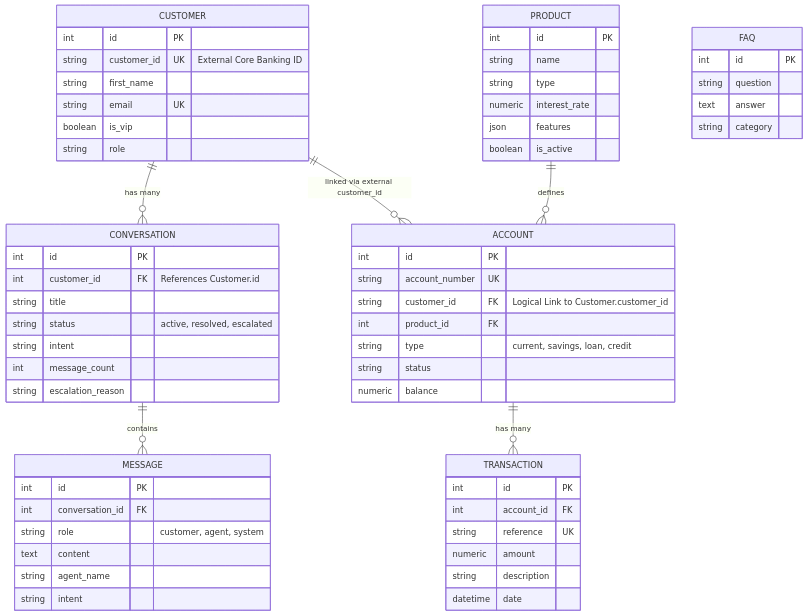
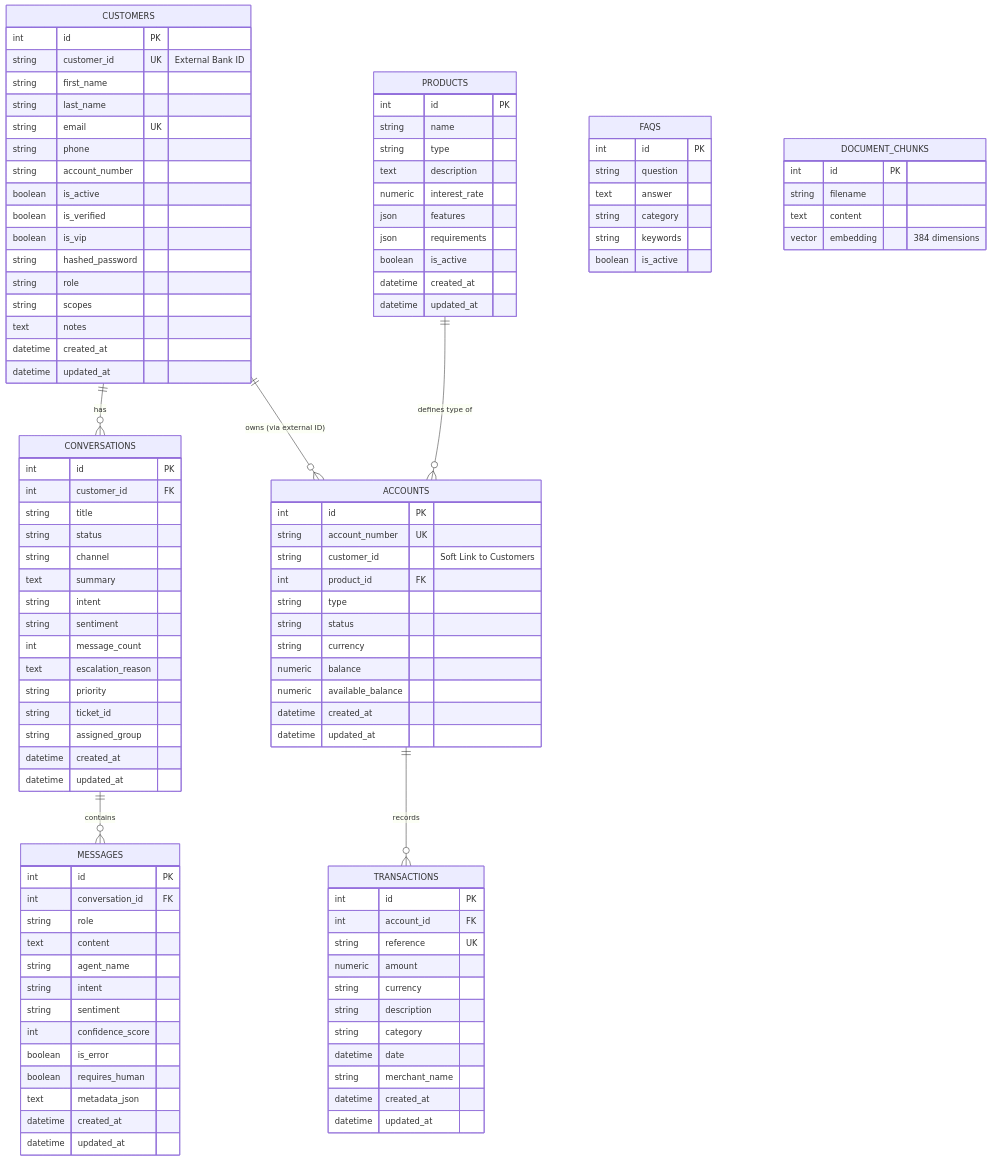
The fifth of 5 diagrams in README.md (davidsandeep1996-spec/fca-multi-agent-support), drawn with Mermaid before and after one commit. The commit also changed other lines of this file, not shown here.

Commit message:
Revise database entity relationship architecture details
Updated the database entity relationship architecture section to clarify the structure and relationships of the data domains. Enhanced descriptions and added new entities for better understanding.

````diff
--- a/README.md
+++ b/README.md
@@ -353,77 +353,127 @@
 
 
 erDiagram
-    %% Core Chat Relationships
-    CUSTOMER ||--o{ CONVERSATION : "has many"
-    CONVERSATION ||--o{ MESSAGE : "contains"
-    
-    %% Core Banking Relationships
-    CUSTOMER ||--o{ ACCOUNT : "linked via external customer_id"
-    PRODUCT ||--o{ ACCOUNT : "defines"
-    ACCOUNT ||--o{ TRANSACTION : "has many"
-
-    %% Entity Definitions
-    CUSTOMER {
+    %% Core Banking Domain
+    CUSTOMERS {
         int id PK
-        string customer_id UK "External Core Banking ID"
+        string customer_id UK "External Bank ID"
         string first_name
+        string last_name
         string email UK
+        string phone
+        string account_number
+        boolean is_active
+        boolean is_verified
         boolean is_vip
+        string hashed_password
         string role
+        string scopes
+        text notes
+        datetime created_at
+        datetime updated_at
     }
 
-    CONVERSATION {
+    ACCOUNTS {
         int id PK
-        int customer_id FK "References Customer.id"
-        string title
-        string status "active, resolved, escalated"
-        string intent
-        int message_count
-        string escalation_reason
+        string account_number UK
+        string customer_id "Soft Link to Customers"
+        int product_id FK
+        string type
+        string status
+        string currency
+        numeric balance
+        numeric available_balance
+        datetime created_at
+        datetime updated_at
     }
 
-    MESSAGE {
-        int id PK
-        int conversation_id FK
-        string role "customer, agent, system"
-        text content
-        string agent_name
-        string intent
-    }
-
-    ACCOUNT {
-        int id PK
-        string account_number UK
-        string customer_id FK "Logical Link to Customer.customer_id"
-        int product_id FK
-        string type "current, savings, loan, credit"
-        string status
-        numeric balance
-    }
-
-    TRANSACTION {
+    TRANSACTIONS {
         int id PK
         int account_id FK
         string reference UK
         numeric amount
+        string currency
         string description
+        string category
         datetime date
+        string merchant_name
+        datetime created_at
+        datetime updated_at
     }
 
-    PRODUCT {
+    PRODUCTS {
         int id PK
         string name
         string type
+        text description
         numeric interest_rate
         json features
+        json requirements
         boolean is_active
+        datetime created_at
+        datetime updated_at
     }
 
-    FAQ {
+    %% AI Conversation Domain
+    CONVERSATIONS {
+        int id PK
+        int customer_id FK
+        string title
+        string status
+        string channel
+        text summary
+        string intent
+        string sentiment
+        int message_count
+        text escalation_reason
+        string priority
+        string ticket_id
+        string assigned_group
+        datetime created_at
+        datetime updated_at
+    }
+
+    MESSAGES {
+        int id PK
+        int conversation_id FK
+        string role
+        text content
+        string agent_name
+        string intent
+        string sentiment
+        int confidence_score
+        boolean is_error
+        boolean requires_human
+        text metadata_json
+        datetime created_at
+        datetime updated_at
+    }
+
+    %% Knowledge Base Domain
+    FAQS {
         int id PK
         string question
         text answer
         string category
+        string keywords
+        boolean is_active
     }
 
+    DOCUMENT_CHUNKS {
+        int id PK
+        string filename
+        text content
+        vector embedding "384 dimensions"
+    }
+
+    %% Relationships
+    CUSTOMERS ||--o{ CONVERSATIONS : "has"
+    CONVERSATIONS ||--o{ MESSAGES : "contains"
+    
+    %% Soft link: Account uses external string customer_id, not internal int ID
+    CUSTOMERS ||--o{ ACCOUNTS : "owns (via external ID)"
+    
+    PRODUCTS ||--o{ ACCOUNTS : "defines type of"
+    ACCOUNTS ||--o{ TRANSACTIONS : "records"
+
 ```
````
